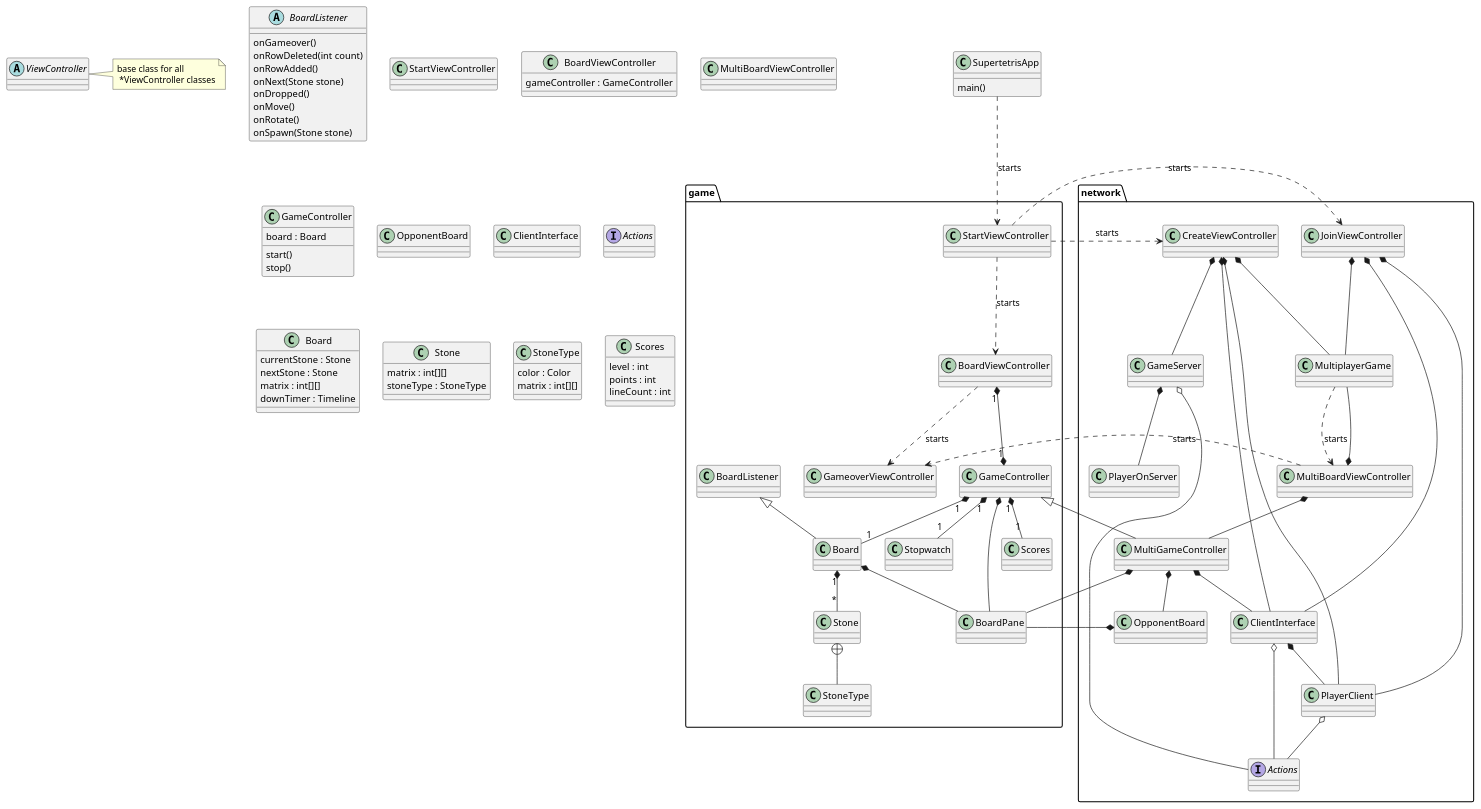
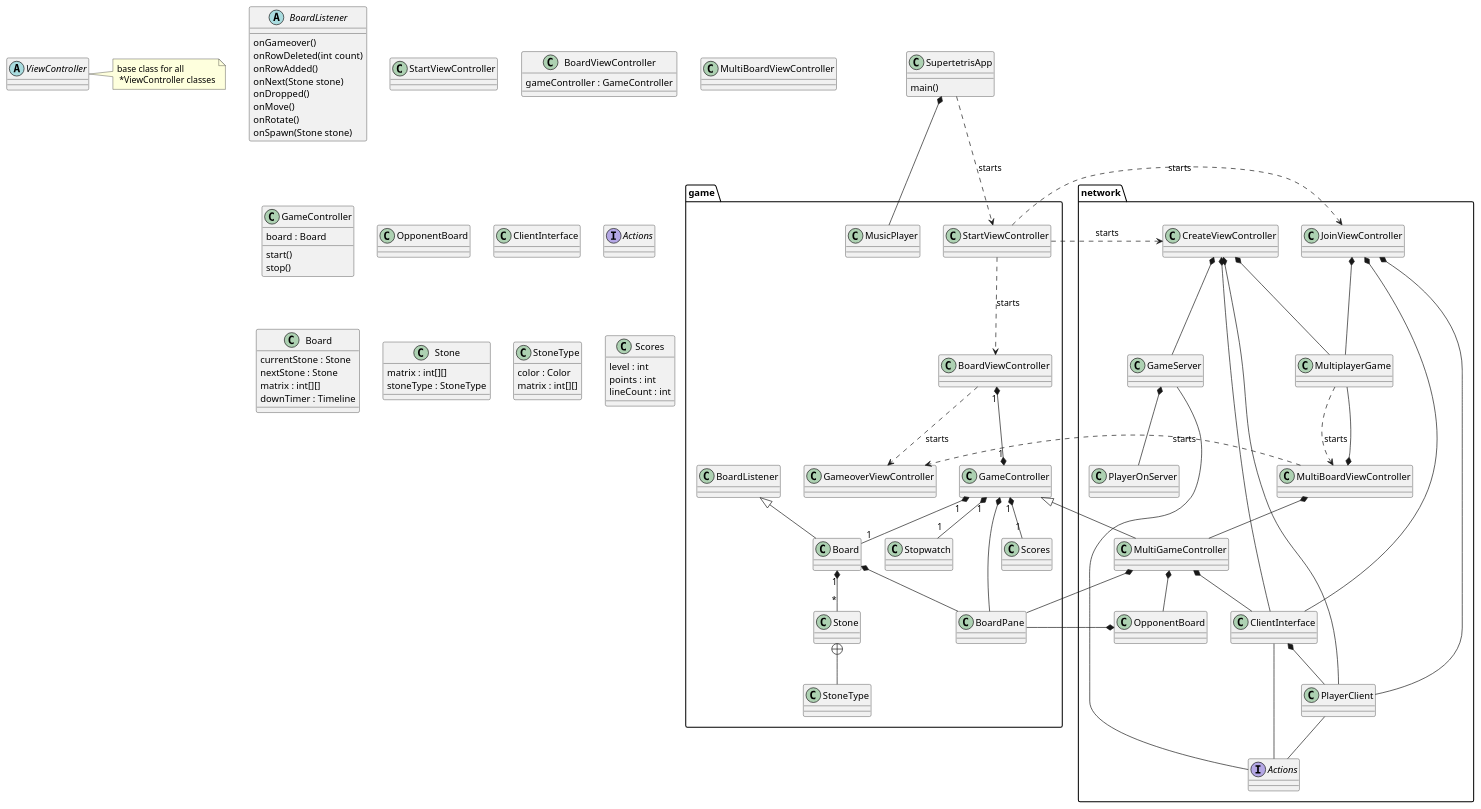
The diagram in doc/Klassendiagramm.puml (ponchofiesta/supertetris), drawn with PlantUML before and after one commit.

Commit message:
UML update

```diff
--- a/doc/Klassendiagramm.puml
+++ b/doc/Klassendiagramm.puml
@@ -1,149 +1,151 @@
 @startuml
 skinparam classAttributeIconSize 0
 
 package network {
     interface Actions
     class ClientInterface
     class GameServer
     class PlayerClient
     class PlayerOnServer
     class MultiBoardViewController
     class MultiGameController
     class MultiplayerGame
     class JoinViewController
     class CreateViewController
     class OpponentBoard
 }
 
 package game {
     class Board
     class BoardListener
     class BoardPane
     class BoardViewController
     class GameController
     class GameoverViewController
     class Scores
     class StartViewController
     class Stone
     class StoneType
     class Stopwatch
+    class MusicPlayer
 }
 
 
 SupertetrisApp ..> StartViewController : starts
+SupertetrisApp *-- MusicPlayer
 StartViewController ..> BoardViewController : starts
 StartViewController ..> JoinViewController : starts
 StartViewController ..> CreateViewController : starts
 BoardViewController "1" *--* "1" GameController
 GameController "1" *-- "1" Board
 GameController "1" *-- "1" Stopwatch
 GameController "1" *-- "1" Scores
 BoardListener <|-- Board
 Board "1" *-- "*" Stone
 Board *-- BoardPane
 GameController <|-- MultiGameController
 GameController *-- BoardPane
 BoardViewController ..> GameoverViewController : starts
 MultiBoardViewController ..> GameoverViewController : starts
 MultiBoardViewController *-- MultiGameController
 MultiGameController *-- OpponentBoard
 MultiGameController  *-- BoardPane
 MultiplayerGame ..> MultiBoardViewController : starts
 OpponentBoard  *-- BoardPane
 
 'ViewController <|-- StartViewController
 'ViewController <|-- BoardViewController
 'ViewController <|-- MultiBoardViewController
 'ViewController <|-- JoinViewController
 'ViewController <|-- CreateViewController
 'ViewController <|-- GameoverViewController
 
 JoinViewController *-- PlayerClient
 JoinViewController *-- ClientInterface
 JoinViewController *-- MultiplayerGame
 MultiBoardViewController *-- MultiplayerGame
 MultiGameController *-- ClientInterface
 CreateViewController *-- PlayerClient
 CreateViewController *-- ClientInterface
 CreateViewController *-- MultiplayerGame
 CreateViewController *-- GameServer
 
 ClientInterface *-- PlayerClient
-ClientInterface o-- Actions
-GameServer o-- Actions
-PlayerClient o-- Actions
+ClientInterface -- Actions
+GameServer -- Actions
+PlayerClient -- Actions
 
 GameServer *-- PlayerOnServer
 
 Stone +-- StoneType
 
 class SupertetrisApp {
     main()
 }
 
 abstract class ViewController {
 }
 note right: base class for all \n *ViewController classes
 
 abstract class BoardListener {
     onGameover()
     onRowDeleted(int count)
     onRowAdded()
     onNext(Stone stone)
     onDropped()
     onMove()
     onRotate()
     onSpawn(Stone stone)
 }
 
 class StartViewController {
 }
 
 class BoardViewController {
     gameController : GameController
 }
 
 class MultiBoardViewController {
 }
 
 class GameController {
     board : Board
     start()
     stop()
 }
 
 class OpponentBoard {
 }
 
 class ClientInterface {
 }
 
 interface Actions {
 }
 
 class Board {
     currentStone : Stone
     nextStone : Stone
     matrix : int[][]
     downTimer : Timeline
 }
 
 class Stone {
     matrix : int[][]
     stoneType : StoneType
 }
 
 class StoneType {
     color : Color
     matrix : int[][]
 }
 
 class Scores {
     level : int
     points : int
     lineCount : int
 }
 
 
 
 @enduml
```
